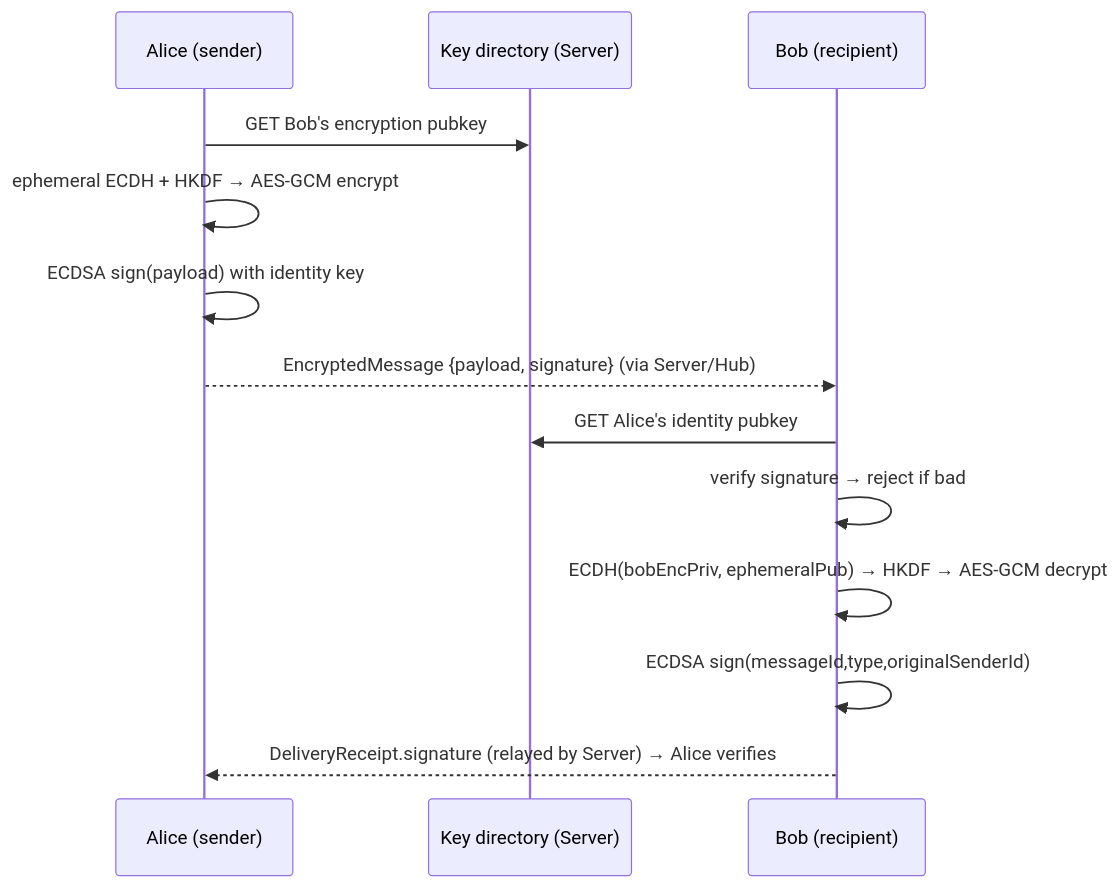
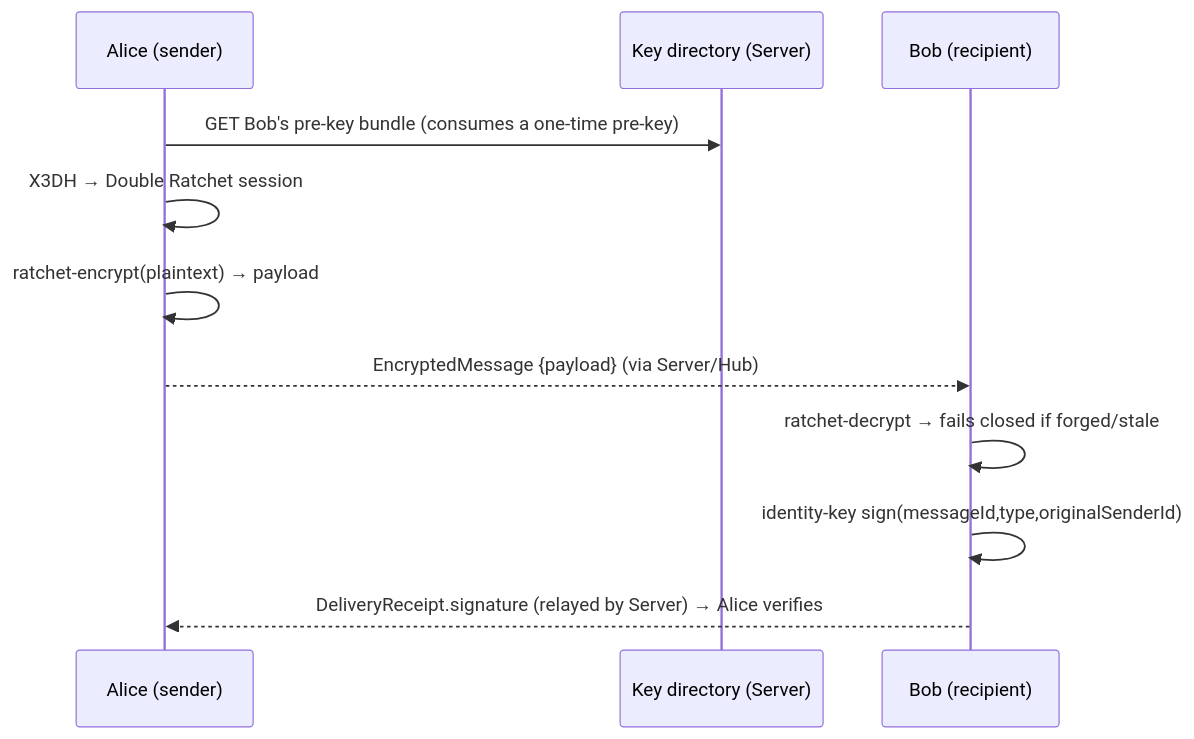
Before and after one commit to olshanskyev/fourletters-meta: the third of 4 diagrams in doc/MESSAGE_SECURITY.md, drawn with Mermaid. The commit also changed other lines of this file and 8 other files, not shown here.

````diff
--- a/doc/MESSAGE_SECURITY.md
+++ b/doc/MESSAGE_SECURITY.md
@@ -164,16 +177,14 @@
 ```mermaid
 sequenceDiagram
     participant A as Alice (sender)
     participant Dir as Key directory (Server)
     participant B as Bob (recipient)
 
-    A->>Dir: GET Bob's encryption pubkey
-    A->>A: ephemeral ECDH + HKDF → AES-GCM encrypt
-    A->>A: ECDSA sign(payload) with identity key
-    A-->>B: EncryptedMessage {payload, signature} (via Server/Hub)
-    B->>Dir: GET Alice's identity pubkey
-    B->>B: verify signature → reject if bad
-    B->>B: ECDH(bobEncPriv, ephemeralPub) → HKDF → AES-GCM decrypt
-    B->>B: ECDSA sign(messageId,type,originalSenderId)
+    A->>Dir: GET Bob's pre-key bundle (consumes a one-time pre-key)
+    A->>A: X3DH → Double Ratchet session
+    A->>A: ratchet-encrypt(plaintext) → payload
+    A-->>B: EncryptedMessage {payload} (via Server/Hub)
+    B->>B: ratchet-decrypt → fails closed if forged/stale
+    B->>B: identity-key sign(messageId,type,originalSenderId)
     B-->>A: DeliveryReceipt.signature (relayed by Server) → Alice verifies
 ```
````
